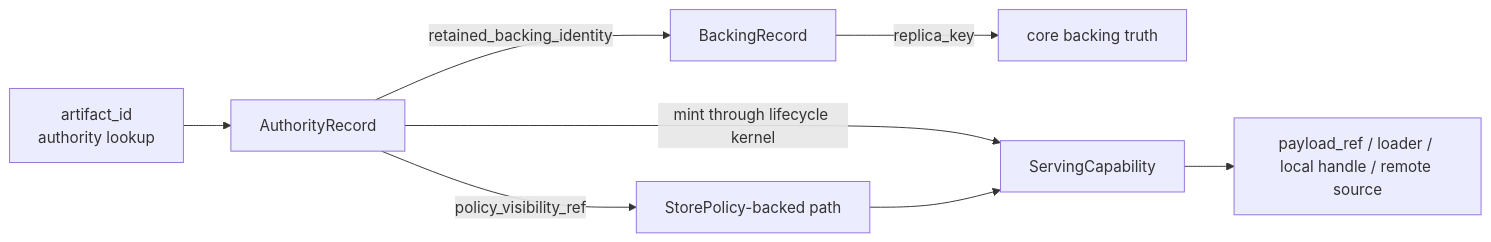
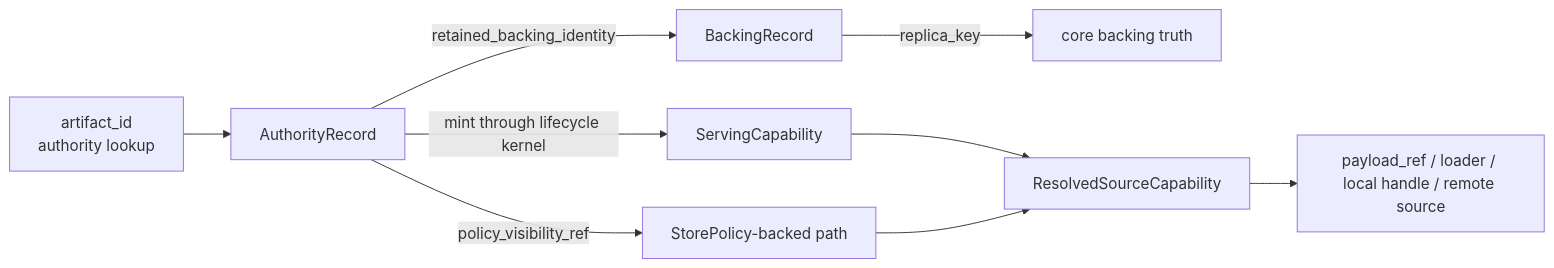
One commit to tensorcast-ai/tensorcast changed the first of 3 diagrams in docs/designs/0093-backing-identity-and-retained-backing-ownership.md. Above: the diagram before and after it, drawn with Mermaid. The commit also changed other lines of this file and 11 other files, not shown here.

First line of the commit message:
refactor(daemon): converge byte-artifact source resolution on resolved source capability

````diff
--- a/docs/designs/0093-backing-identity-and-retained-backing-ownership.md
+++ b/docs/designs/0093-backing-identity-and-retained-backing-ownership.md
@@ -244,10 +246,11 @@
 ```mermaid
 flowchart LR
   A["artifact_id<br>authority lookup"] --> B["AuthorityRecord"]
   B -->|retained_backing_identity| C["BackingRecord"]
   C -->|replica_key| D["core backing truth"]
   B -->|policy_visibility_ref| E["StorePolicy-backed path"]
   B -->|mint through lifecycle kernel| F["ServingCapability"]
-  F --> G["payload_ref / loader / local handle / remote source"]
-  E --> F
+  F --> G["ResolvedSourceCapability"]
+  E --> G
+  G --> H["payload_ref / loader / local handle / remote source"]
 ```
````
